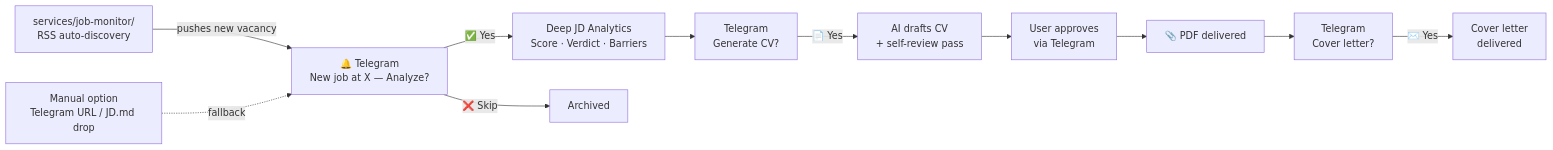
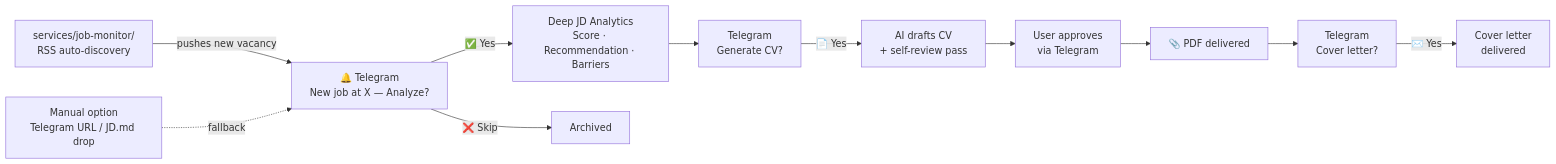
One commit to ioncat/ai-career-agent changed the diagram in docs/diagrams/user-journey.md. Above: the diagram before and after it, drawn with Mermaid. The commit also changed 4 other files, not shown here.

First line of the commit message:
fix(terminology): verdict → recommendation across docs and code

````diff
--- a/docs/diagrams/user-journey.md
+++ b/docs/diagrams/user-journey.md
@@ -6,14 +6,14 @@
 ```mermaid
 flowchart LR
     M["services/job-monitor/\nRSS auto-discovery"] -->|"pushes new vacancy"| A
     A["🔔 Telegram\nNew job at X — Analyze?"]
-    A -->|✅ Yes| C["Deep JD Analytics\nScore · Verdict · Barriers"]
+    A -->|✅ Yes| C["Deep JD Analytics\nScore · Recommendation · Barriers"]
     C --> D["Telegram\nGenerate CV?"]
     D -->|📄 Yes| E["AI drafts CV\n+ self-review pass"]
     E --> F["User approves\nvia Telegram"]
     F --> G["📎 PDF delivered"]
     G --> H["Telegram\nCover letter?"]
     H -->|✉️ Yes| I["Cover letter\ndelivered"]
     A -->|❌ Skip| Z["Archived"]
     U["Manual option\nTelegram URL / JD.md drop"] -.->|fallback| A
 ```
````
